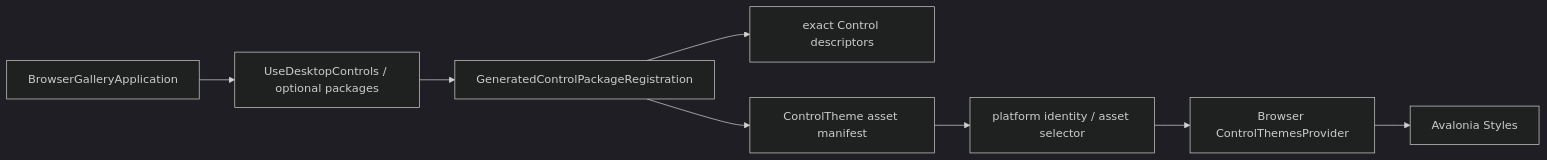
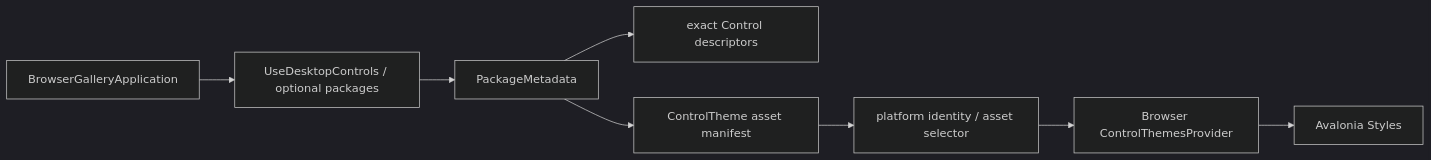
One commit to AtomUI/AtomUI changed the diagram in docs/gallery/platforms/browser-gallery-porting-notes.md. Above: the diagram before and after it, drawn with Mermaid (dark theme). The commit also changed other lines of this file and 29 other files, not shown here.

First line of the commit message:
refactor(Registration): name generated package metadata consistently

````diff
--- a/docs/gallery/platforms/browser-gallery-porting-notes.md
+++ b/docs/gallery/platforms/browser-gallery-porting-notes.md
@@ -61,10 +61,10 @@
 ```mermaid
 flowchart LR
     App["BrowserGalleryApplication"] --> Entry["UseDesktopControls / optional packages"]
-    Entry --> Generated["GeneratedControlPackageRegistration"]
+    Entry --> Generated["PackageMetadata"]
     Generated --> Controls["exact Control descriptors"]
     Generated --> Assets["ControlTheme asset manifest"]
     Assets --> Filter["platform identity / asset selector"]
     Filter --> Provider["Browser ControlThemesProvider"]
     Provider --> Styles["Avalonia Styles"]
 ```
````
